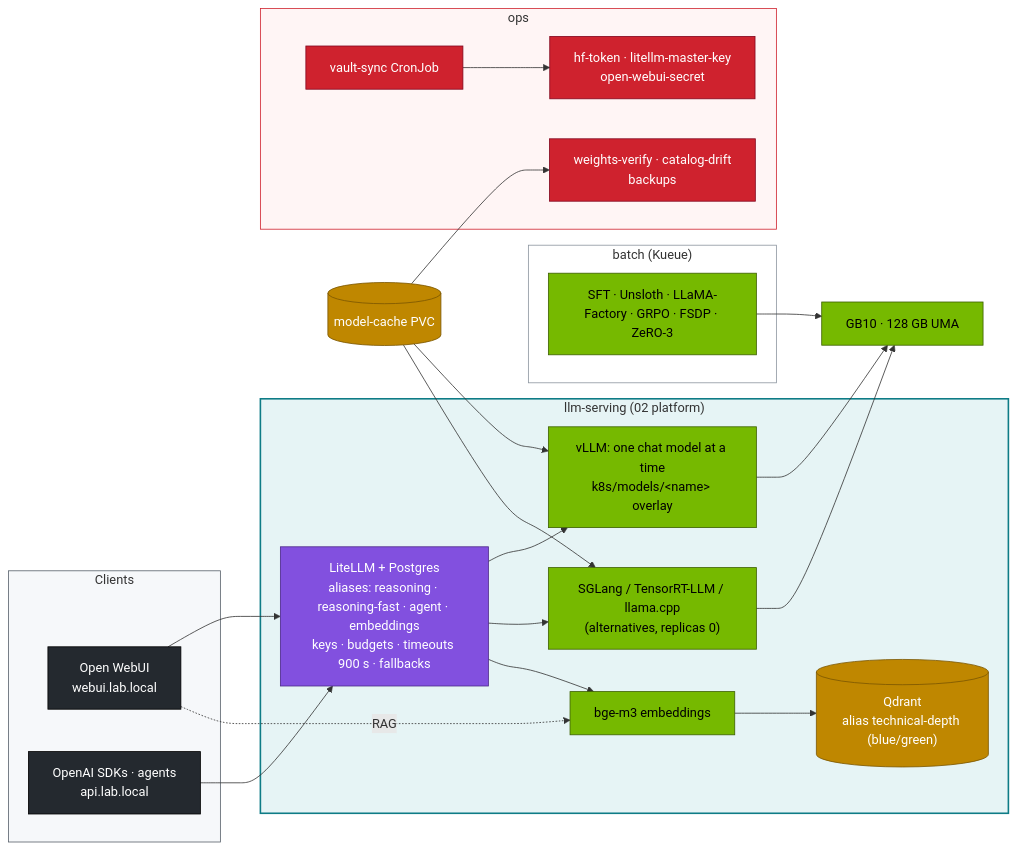
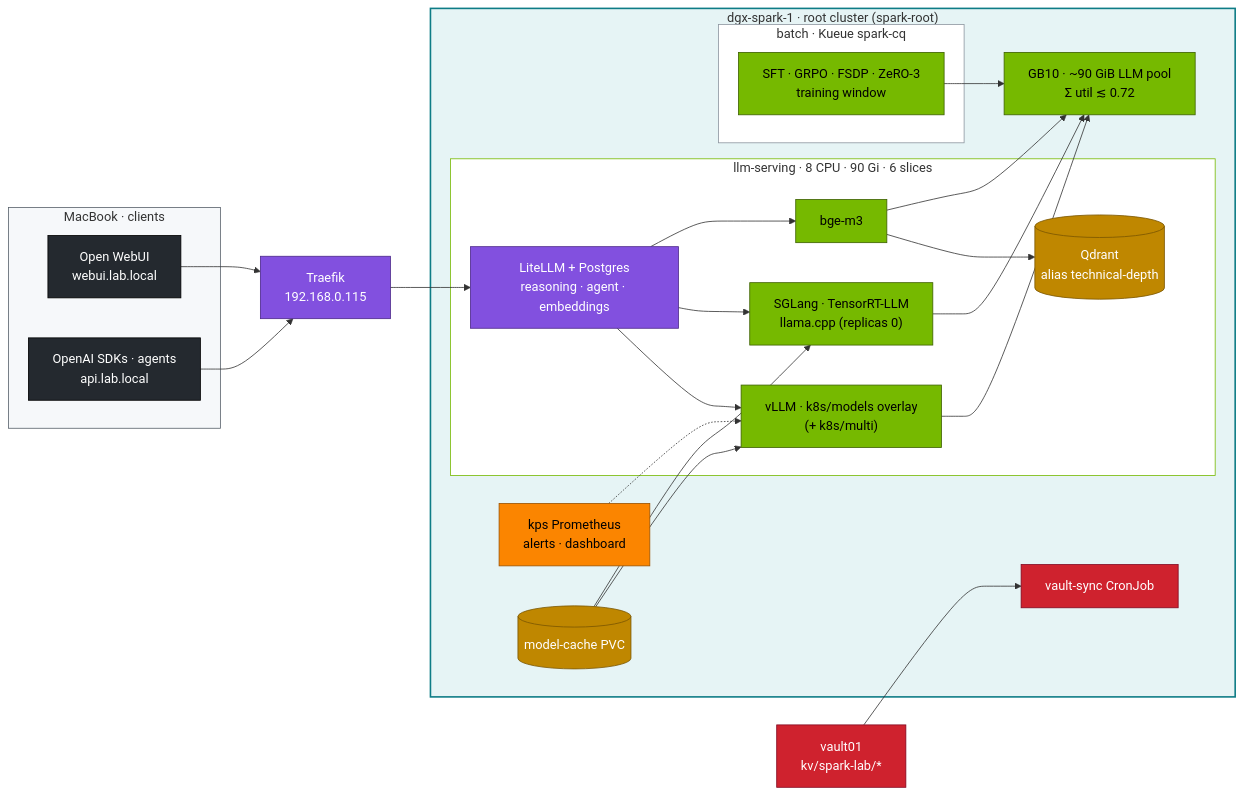
The diagram in 03-DeepSeek/lab/README.md (cloudone365/technical-depth), drawn with Mermaid before and after one commit. The commit also changed other lines of this file and 236 other files, not shown here.

First line of the commit message:
03-DeepSeek 41 → 19 chapters and 04-Qwen 26 → 14 chapters on the current platform, new 04 lab

````diff
--- a/03-DeepSeek/lab/README.md
+++ b/03-DeepSeek/lab/README.md
@@ -55,43 +78,49 @@
 ```mermaid
 flowchart LR
-  subgraph USERS["Clients"]
+  subgraph USERS["MacBook · clients"]
     UI["Open WebUI<br/>webui.lab.local"]
     SDK["OpenAI SDKs · agents<br/>api.lab.local"]
   end
-  subgraph SERVE["llm-serving (02 platform)"]
-    LL["LiteLLM + Postgres<br/>aliases: reasoning · reasoning-fast · agent · embeddings<br/>keys · budgets · timeouts 900 s · fallbacks"]
-    V["vLLM: one chat model at a time<br/>k8s/models/&lt;name&gt; overlay"]
-    SG["SGLang / TensorRT-LLM / llama.cpp<br/>(alternatives, replicas 0)"]
-    E["bge-m3 embeddings"]
-    Q[("Qdrant<br/>alias technical-depth (blue/green)")]
+  TR["Traefik<br/>192.168.0.115"]
+  subgraph ROOT["dgx-spark-1 · root cluster (spark-root)"]
+    subgraph SERVE["llm-serving · 8 CPU · 90 Gi · 6 slices"]
+      LL["LiteLLM + Postgres<br/>reasoning · agent · embeddings"]
+      V["vLLM · k8s/models overlay<br/>(+ k8s/multi)"]
+      SG["SGLang · TensorRT-LLM<br/>llama.cpp (replicas 0)"]
+      E["bge-m3"]
+      Q[("Qdrant<br/>alias technical-depth")]
+    end
+    subgraph BATCH["batch · Kueue spark-cq"]
+      T["SFT · GRPO · FSDP · ZeRO-3<br/>training window"]
+    end
+    VS["vault-sync CronJob"]
+    PR["kps Prometheus<br/>alerts · dashboard"]
+    GPU["GB10 · ~90 GiB LLM pool<br/>Σ util ≲ 0.72"]
+    PVC[("model-cache PVC")]
   end
-  subgraph BATCH["batch (Kueue)"]
-    T["SFT · Unsloth · LLaMA-Factory · GRPO · FSDP · ZeRO-3"]
-  end
-  subgraph OPS["ops"]
-    VS["vault-sync CronJob"] --> SEC["hf-token · litellm-master-key<br/>open-webui-secret"]
-    WV["weights-verify · catalog-drift<br/>backups"]
-  end
-  UI --> LL
-  SDK --> LL
+  VLT["vault01<br/>kv/spark-lab/*"]
+  UI & SDK --> TR --> LL
   LL --> V & SG & E
-  UI -. RAG .-> E
   E --> Q
-  V & SG & T --> GPU["GB10 · 128 GB UMA"]
-  PVC[("model-cache PVC")] --> V & SG & WV
+  V & SG & E & T --> GPU
+  PVC --> V & SG
+  VLT --> VS
+  PR -.-> V
+  classDef ctrl fill:#1f6feb,stroke:#0b3d91,color:#fff
   classDef gpu fill:#76b900,stroke:#3d6000,color:#000
   classDef net fill:#8250df,stroke:#4c2889,color:#fff
   classDef store fill:#bf8700,stroke:#7a5600,color:#fff
+  classDef obs fill:#fb8500,stroke:#9a5200,color:#000
   classDef sec fill:#cf222e,stroke:#82071e,color:#fff
   classDef ext fill:#24292f,stroke:#000,color:#fff
-  classDef tenant fill:#eaeef2,stroke:#57606a,color:#000
   class V,SG,E,T,GPU gpu
-  class LL net
+  class LL,TR net
   class Q,PVC store
-  class VS,SEC,WV sec
+  class PR obs
+  class VS,VLT sec
   class UI,SDK ext
-  style SERVE fill:#e6f4f5,stroke:#0e7c86,stroke-width:2px
+  style ROOT fill:#e6f4f5,stroke:#0e7c86,stroke-width:2px
+  style SERVE fill:#ffffff,stroke:#76b900
   style BATCH fill:#ffffff,stroke:#8c959f
-  style OPS fill:#fff5f5,stroke:#cf222e
   style USERS fill:#f6f8fa,stroke:#57606a
 ```
````
